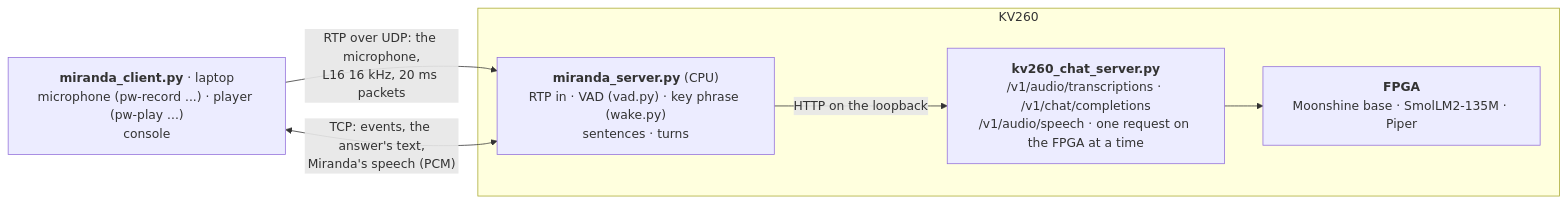
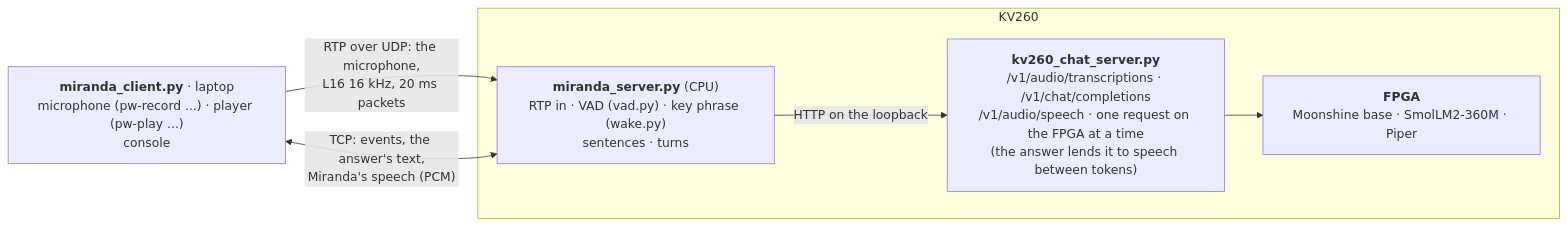
One commit to phoenix367/cormorant changed the diagram in demo/miranda/README.md. Above: the diagram before and after it, drawn with Mermaid. The commit also changed other lines of this file and 34 other files, not shown here.

````diff
--- a/demo/miranda/README.md
+++ b/demo/miranda/README.md
@@ -70,14 +73,14 @@
 ```mermaid
 %%{init: {"flowchart": {"wrappingWidth": 300}}}%%
 flowchart LR
     client["<b>miranda_client.py</b> · laptop<br/>microphone (pw-record ...) · player (pw-play ...)<br/>console"]
     subgraph board["KV260"]
         server["<b>miranda_server.py</b> (CPU)<br/>RTP in · VAD (vad.py) · key phrase (wake.py)<br/>sentences · turns"]
-        chat["<b>kv260_chat_server.py</b><br/>/v1/audio/transcriptions · /v1/chat/completions<br/>/v1/audio/speech · one request on the FPGA at a time"]
-        fpga["<b>FPGA</b><br/>Moonshine base · SmolLM2-135M · Piper"]
+        chat["<b>kv260_chat_server.py</b><br/>/v1/audio/transcriptions · /v1/chat/completions<br/>/v1/audio/speech · one request on the FPGA at a time<br/>(the answer lends it to speech between tokens)"]
+        fpga["<b>FPGA</b><br/>Moonshine base · SmolLM2-360M · Piper"]
     end
     client -- "RTP over UDP: the microphone,<br/>L16 16 kHz, 20 ms packets" --> server
     client <-- "TCP: events, the answer's text,<br/>Miranda's speech (PCM)" --> server
     server -- "HTTP on the loopback" --> chat
     chat --> fpga
 ```
````
